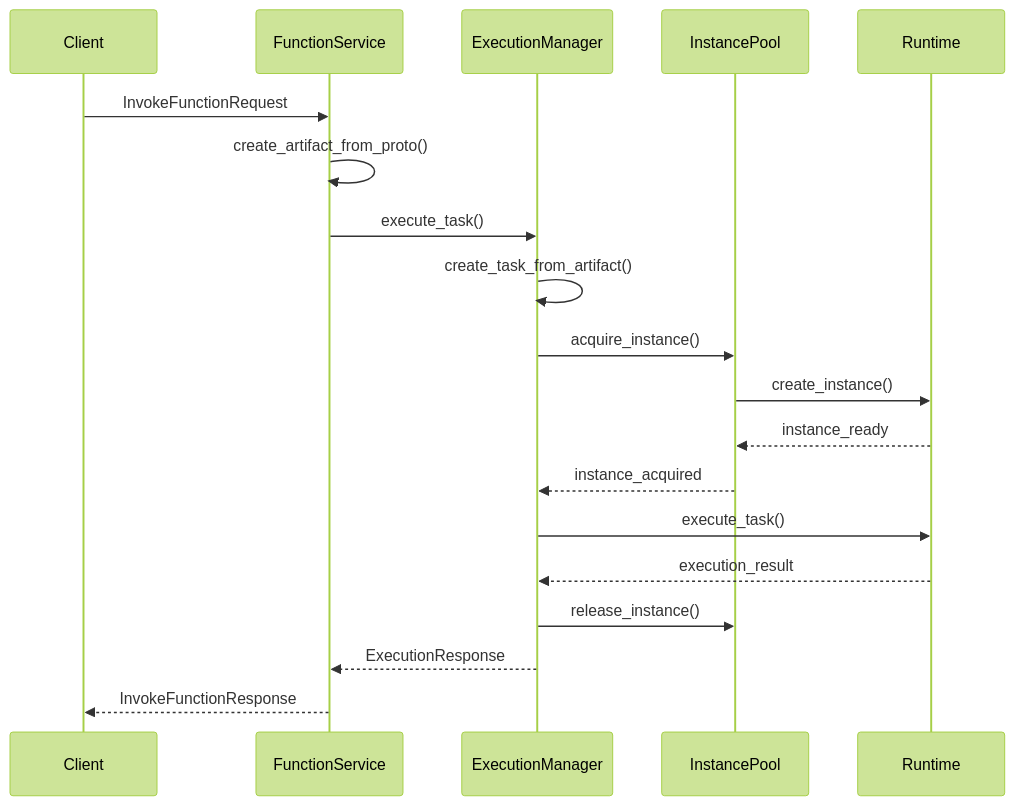
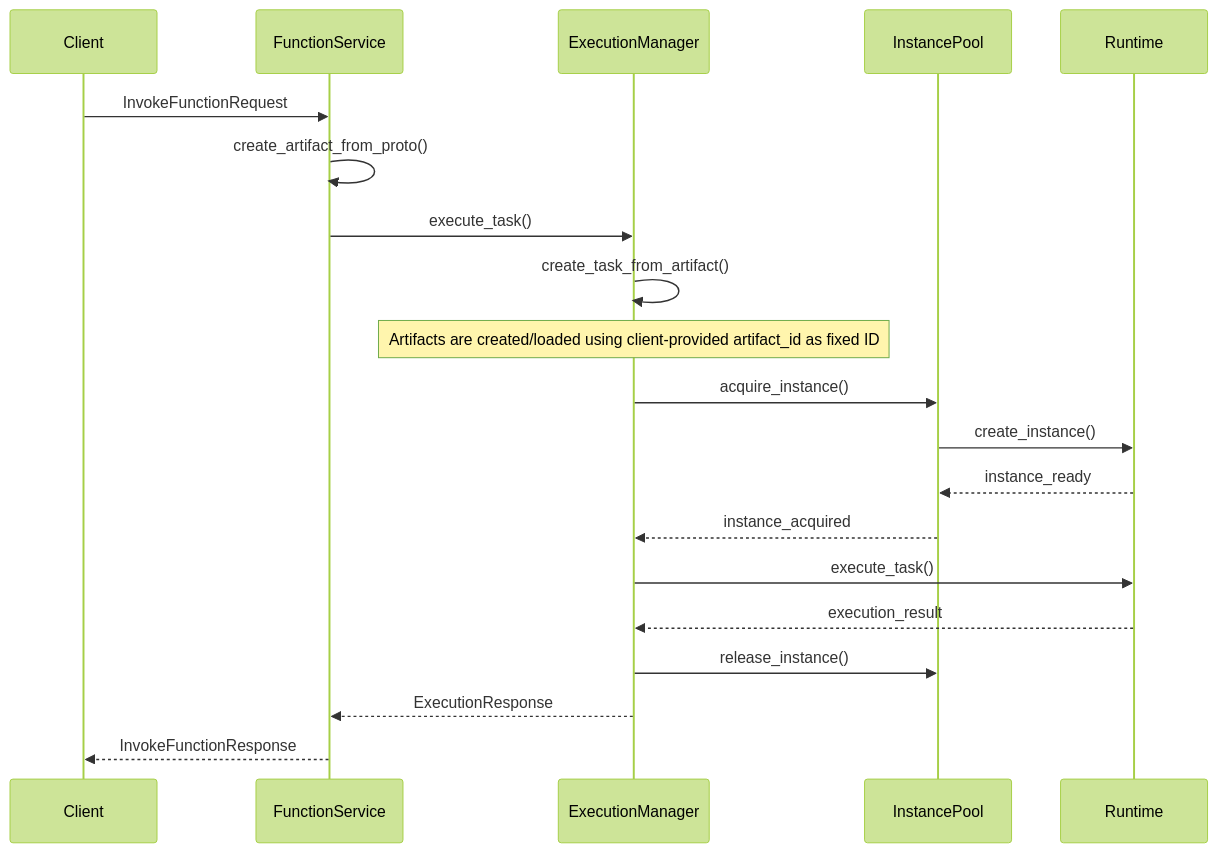
One commit to lfedgeai/SPEAR changed the first of 2 diagrams in spear-next/ai-docs/artifact-task-instance-architecture-overview-en.md. Above: the diagram before and after it, drawn with Mermaid (forest theme). The commit also changed other lines of this file and 45 other files, not shown here.

````diff
--- a/spear-next/ai-docs/artifact-task-instance-architecture-overview-en.md
+++ b/spear-next/ai-docs/artifact-task-instance-architecture-overview-en.md
@@ -101,22 +100,23 @@
 ```mermaid
 sequenceDiagram
     participant Client
     participant FunctionService
     participant ExecutionManager
     participant InstancePool
     participant Runtime
 
     Client->>FunctionService: InvokeFunctionRequest
     FunctionService->>FunctionService: create_artifact_from_proto()
     FunctionService->>ExecutionManager: execute_task()
     ExecutionManager->>ExecutionManager: create_task_from_artifact()
+    Note over ExecutionManager: Artifacts are created/loaded using client-provided artifact_id as fixed ID
     ExecutionManager->>InstancePool: acquire_instance()
     InstancePool->>Runtime: create_instance()
     Runtime-->>InstancePool: instance_ready
     InstancePool-->>ExecutionManager: instance_acquired
     ExecutionManager->>Runtime: execute_task()
     Runtime-->>ExecutionManager: execution_result
     ExecutionManager->>InstancePool: release_instance()
     ExecutionManager-->>FunctionService: ExecutionResponse
     FunctionService-->>Client: InvokeFunctionResponse
 ```
````
